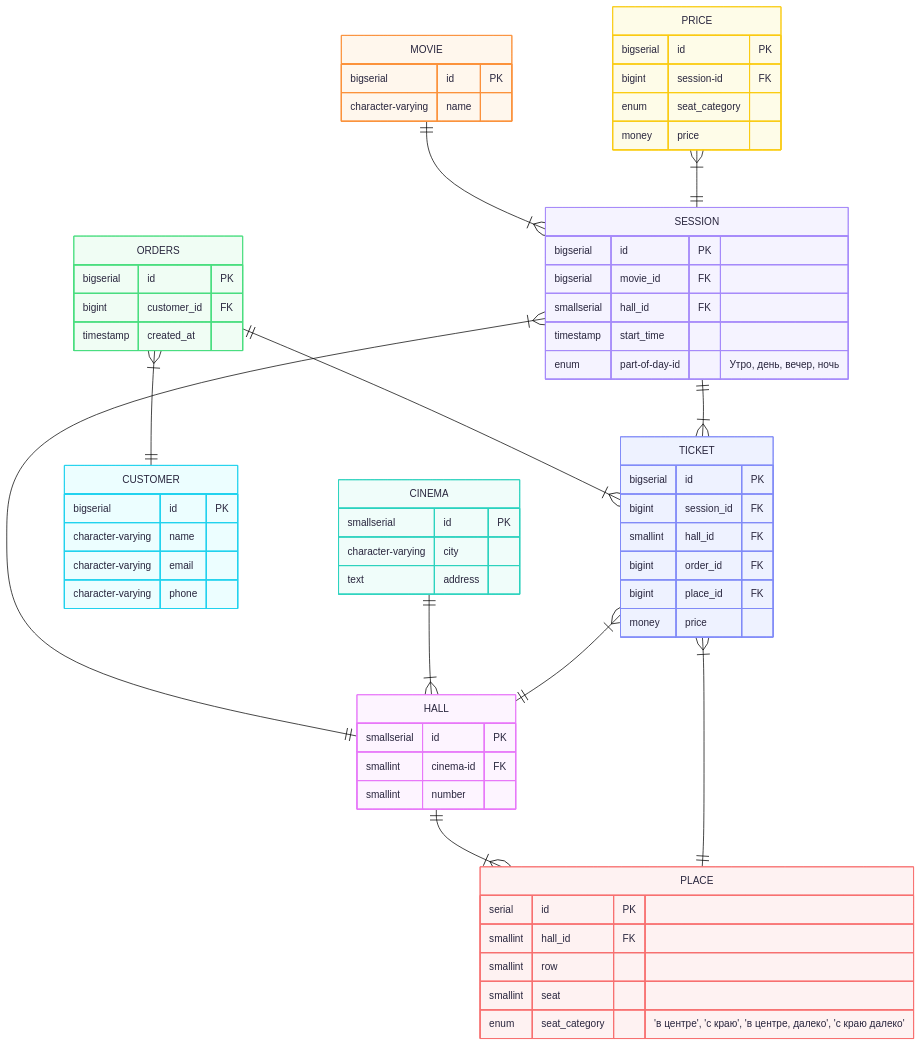
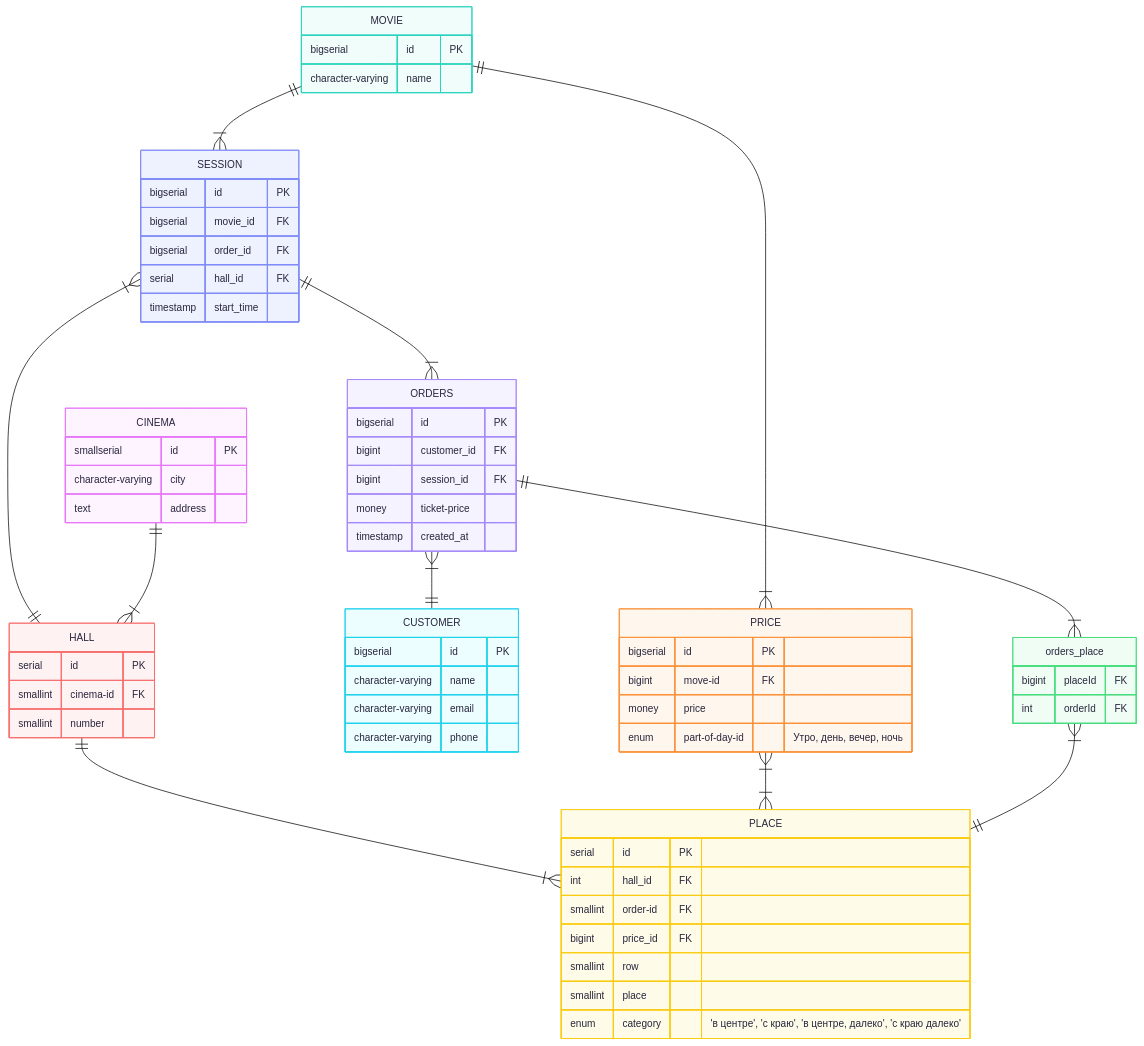
One commit to otusteamedu/PHP_2025 changed the diagram in cinema.mmd. Above: the diagram before and after it, drawn with Mermaid. The commit also changed 1 other file, not shown here.

Commit message:
feat(database schema): Changed id type in hall table

```diff
--- a/cinema.mmd
+++ b/cinema.mmd
@@ -1,79 +1,79 @@
 ---
 config:
   theme: redux-color
   layout: dagre
 ---
 erDiagram
 	direction TB
-	HALL {
-		smallserial id PK ""
-		smallint cinema-id FK ""
-		smallint number  ""
-	}
-
 	CINEMA {
 		smallserial id PK ""
 		character-varying city  ""
 		text address  ""
 	}
 
 	MOVIE {
 		bigserial id PK ""
 		character-varying name  ""
 	}
 
+	PRICE {
+		bigserial id PK ""
+		bigint move-id FK ""
+		money price  ""
+		enum part-of-day-id  "Утро, день, вечер, ночь"
+	}
+
 	CUSTOMER {
 		bigserial id PK ""
 		character-varying name  ""
 		character-varying email  ""
 		character-varying phone  ""
 	}
 
+	orders_place {
+		bigint placeId FK ""
+		int orderId FK ""
+	}
+
 	ORDERS {
 		bigserial id PK ""
 		bigint customer_id FK ""
+		bigint session_id FK ""
+		money ticket-price  ""
 		timestamp created_at  ""
+	}
+
+	HALL {
+		serial id PK ""
+		smallint cinema-id FK ""
+		smallint number  ""
+	}
+
+	PLACE {
+		serial id PK ""
+		int hall_id FK ""
+		smallint order-id FK ""
+		bigint price_id FK ""
+		smallint row  ""
+		smallint place  ""
+		enum category  "'в центре', 'с краю', 'в центре, далеко', 'с краю далеко'"
 	}
 
 	SESSION {
 		bigserial id PK ""
 		bigserial movie_id FK ""
-		smallserial hall_id FK ""
+		bigserial order_id FK ""
+		serial hall_id FK ""
 		timestamp start_time  ""
-		enum part-of-day-id  "Утро, день, вечер, ночь"
-	}
-
-	PLACE {
-		serial id PK ""
-		smallint hall_id FK ""
-		smallint row  ""
-		smallint seat  ""
-		enum seat_category  "'в центре', 'с краю', 'в центре, далеко', 'с краю далеко'"
-	}
-
-	PRICE {
-		bigserial id PK ""
-		bigint session-id FK ""
-		enum seat_category  ""
-		money price  ""
-	}
-
-	TICKET {
-		bigserial id PK ""
-		bigint session_id FK ""
-		smallint hall_id FK ""
-		bigint order_id FK ""
-		bigint place_id FK ""
-		money price  ""
 	}
 
 	HALL||--|{PLACE:"  "
 	ORDERS}|--||CUSTOMER:"  "
+	SESSION||--|{ORDERS:"  "
 	MOVIE||--|{SESSION:"  "
 	SESSION}|--||HALL:"  "
 	CINEMA||--|{HALL:"  "
-	TICKET}|--||PLACE:"  "
-	ORDERS||--|{TICKET:"  "
-	SESSION||--|{TICKET:"  "
-	PRICE}|--||SESSION:"  "
-	TICKET}|--||HALL:"  "
+	PRICE}|--|{PLACE:"  "
+	MOVIE||--|{PRICE:"  "
+	ORDERS||--|{orders_place:"  "
+	orders_place}|--||PLACE:"  "
```
